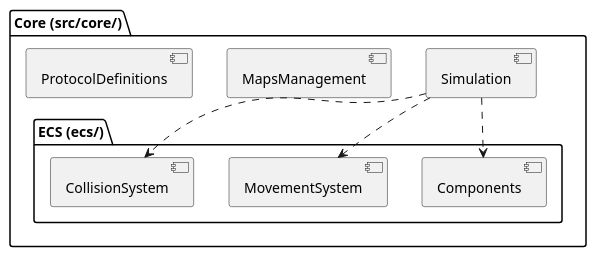
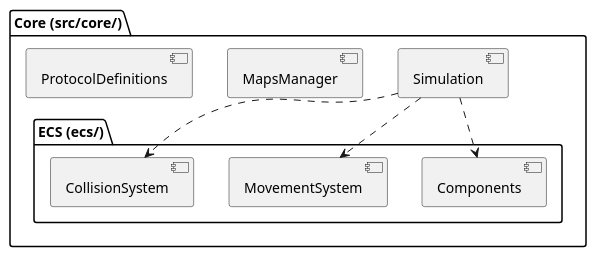
One commit to JakubSzwedowicz/PacMan changed the diagram in docs/package_parts/_core.iuml. Above: the diagram before and after it, drawn with PlantUML. The commit also changed 6 other files, not shown here.

```diff
--- a/docs/package_parts/_core.iuml
+++ b/docs/package_parts/_core.iuml
@@ -1,15 +1,15 @@
 package "Core (src/core/)" as CorePkg {
     [Simulation]
-    [MapsManagement]
+    [MapsManager]
     [ProtocolDefinitions]
 
     package "ECS (ecs/)" {
         [Components]
         [MovementSystem]
         [CollisionSystem]
     }
 
     [Simulation] ..> [Components]
     [Simulation] ..> [MovementSystem]
     [Simulation] ..> [CollisionSystem]
 }
```
